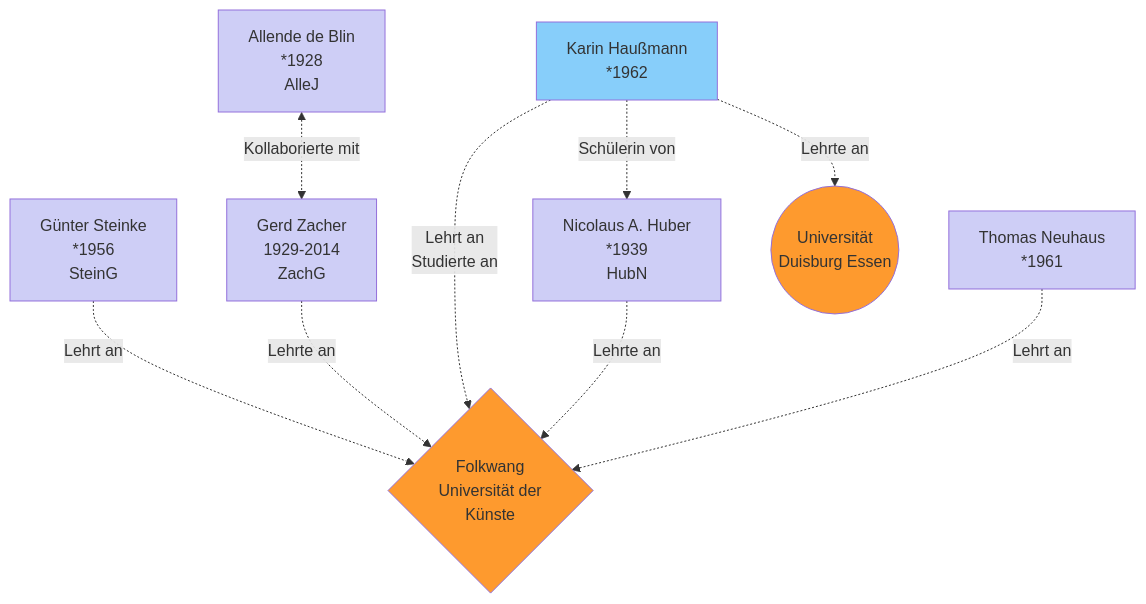
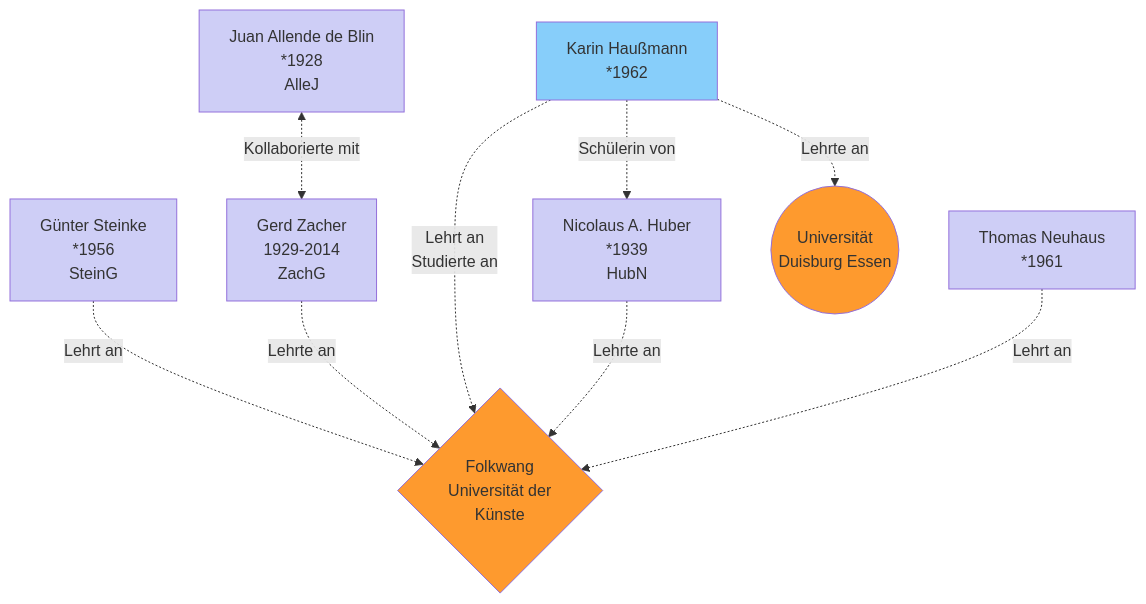
The first of 2 diagrams in kir_v1.0.md (dinathelibrarian/KIR), drawn with Mermaid before and after one commit.

````diff
--- a/kir_v1.0.md
+++ b/kir_v1.0.md
@@ -2,27 +2,27 @@
 ```mermaid
 flowchart TD
 classDef Werk fill:#A9F5F2;
 classDef Person_w fill:#87CEFA;
 classDef Ort fill:#A9A9F5;
 classDef Sammlung fill:#F781D8;
 classDef Person_m fill:#CECEF6;
 classDef Institution fill:#FE9A2E;
-a_de-blin[Allende de Blin<br>*1928<br>AlleJ]:::Person_m;
+a_de-blin[Juan Allende de Blin<br>*1928<br>AlleJ]:::Person_m;
 g_steinke[Günter Steinke<br>*1956<br>SteinG]:::Person_m;
 th_neuhaus[Thomas Neuhaus<br>*1961]:::Person_m;
 g_zacher[Gerd Zacher<br>1929-2014<br>ZachG]:::Person_m;
 k_haussmann[Karin Haußmann<br>*1962]:::Person_w;
 na_huber[Nicolaus A. Huber<br>*1939<br>HubN]:::Person_m;
 
 Folkwang{Folkwang <br>Universität der<br> Künste}:::Institution
 UDE((Universität<br>Duisburg Essen)):::Institution
 
 a_de-blin <-.->|Kollaborierte mit| g_zacher
 g_steinke -.->|Lehrt an| Folkwang
 g_zacher -.->|Lehrte an| Folkwang
 k_haussmann -.->|Lehrt an<br>Studierte an| Folkwang
 k_haussmann -.->|Lehrte an| UDE
 k_haussmann -.->|Schülerin von| na_huber
 na_huber -.->|Lehrte an| Folkwang
 th_neuhaus -.->|Lehrt an| Folkwang
 ```
````
